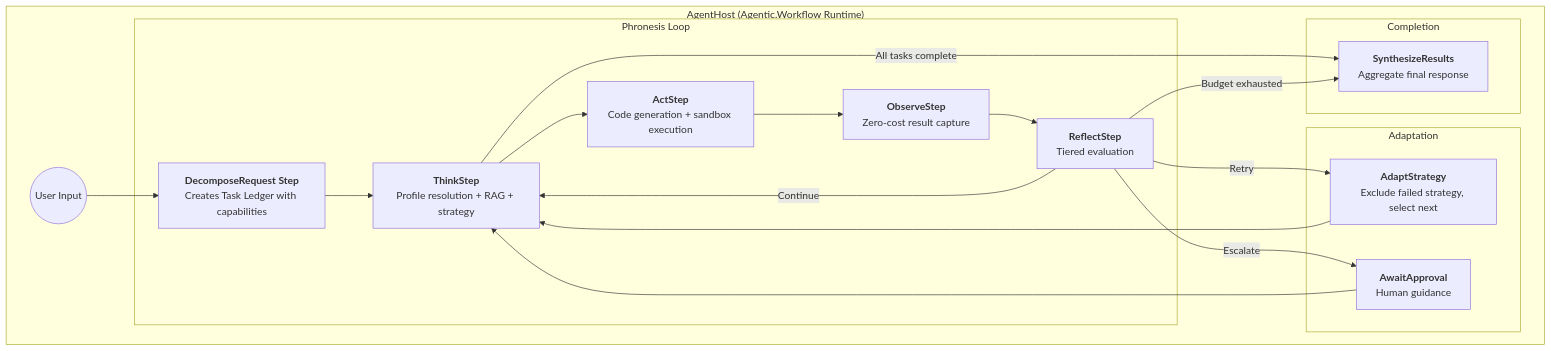
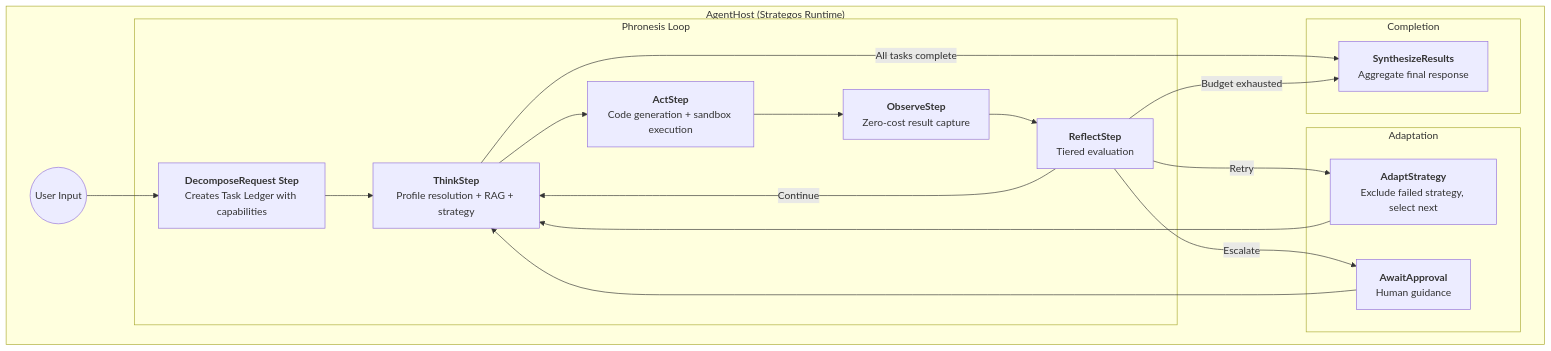
One commit to lvlup-sw/agentic-workflow changed the second of 6 diagrams in docs/reference/platform-architecture.md. Above: the diagram before and after it, drawn with Mermaid. The commit also changed other lines of this file and 12 other files, not shown here.

First line of the commit message:
chore: rename remaining Agentic.Workflow references and prepare ontology packages for publish

````diff
--- a/docs/reference/platform-architecture.md
+++ b/docs/reference/platform-architecture.md
@@ -235,41 +235,41 @@
 ```mermaid
 graph TD
-    subgraph "AgentHost (Agentic.Workflow Runtime)"
+    subgraph "AgentHost (Strategos Runtime)"
         User((User Input))
 
         subgraph "Phronesis Loop"
             Decompose[<b>DecomposeRequest Step</b><br/>Creates Task Ledger with capabilities]
             Think[<b>ThinkStep</b><br/>Profile resolution + RAG + strategy]
             Act[<b>ActStep</b><br/>Code generation + sandbox execution]
             Observe[<b>ObserveStep</b><br/>Zero-cost result capture]
             Reflect[<b>ReflectStep</b><br/>Tiered evaluation]
         end
 
         subgraph "Adaptation"
             Adapt[<b>AdaptStrategy</b><br/>Exclude failed strategy, select next]
             Await[<b>AwaitApproval</b><br/>Human guidance]
         end
 
         subgraph "Completion"
             Synthesize[<b>SynthesizeResults</b><br/>Aggregate final response]
         end
     end
 
     %% Flow
     User --> Decompose
     Decompose --> Think
 
     Think --> Act
     Act --> Observe
     Observe --> Reflect
 
     Reflect -- "Continue" --> Think
     Reflect -- "Retry" --> Adapt
     Reflect -- "Escalate" --> Await
 
     Adapt --> Think
     Await --> Think
 
     Think -- "All tasks complete" --> Synthesize
     Reflect -- "Budget exhausted" --> Synthesize
 ```
````
